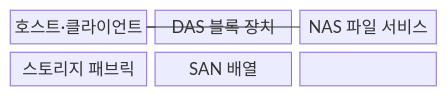
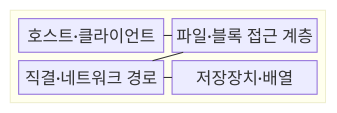
Before and after one commit to agnusdei1207/knowledge-base: the first of 2 diagrams in src/content/docs/notes/02-hardware/080_storage_das_nas_san.md, drawn with Mermaid. The commit also changed other lines of this file and 20 other files, not shown here.

````diff
--- a/src/content/docs/notes/02-hardware/080_storage_das_nas_san.md
+++ b/src/content/docs/notes/02-hardware/080_storage_das_nas_san.md
@@ -70,12 +67,14 @@
 ```mermaid
-block-beta
-  columns 3
-  A["호스트·클라이언트"]
-  B["DAS 블록 장치"]
-  C["NAS 파일 서비스"]
-  D["스토리지 패브릭"]
-  E["SAN 배열"]
+block
+  columns 1
+  block:STORAGE
+    columns 2
+    A["호스트·클라이언트"]
+    B["파일·블록 접근 계층"]
+    C["직결·네트워크 경로"]
+    D["저장장치·배열"]
+  end
   A --- B
-  A --- C
-  A --- D --- E
+  B --- C
+  C --- D
 ```
````
